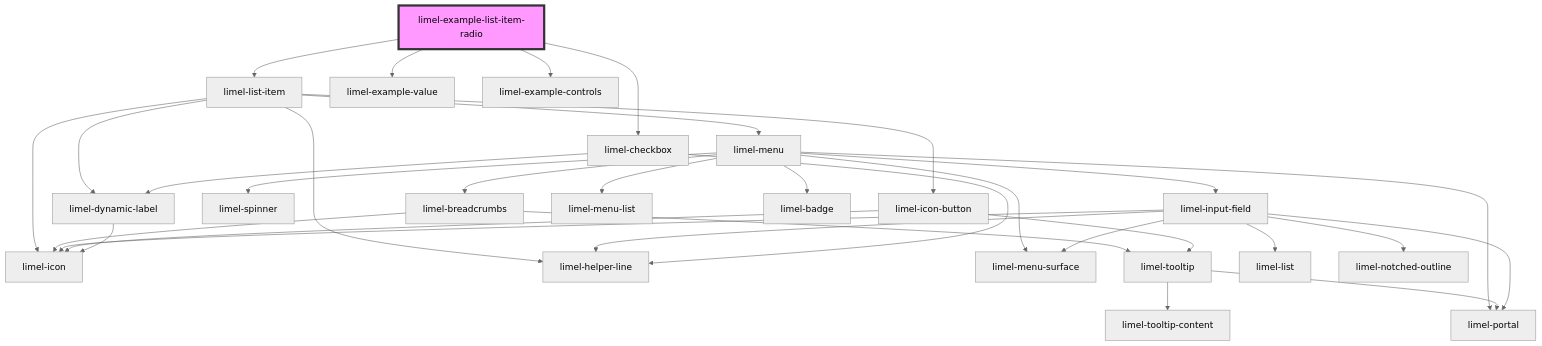
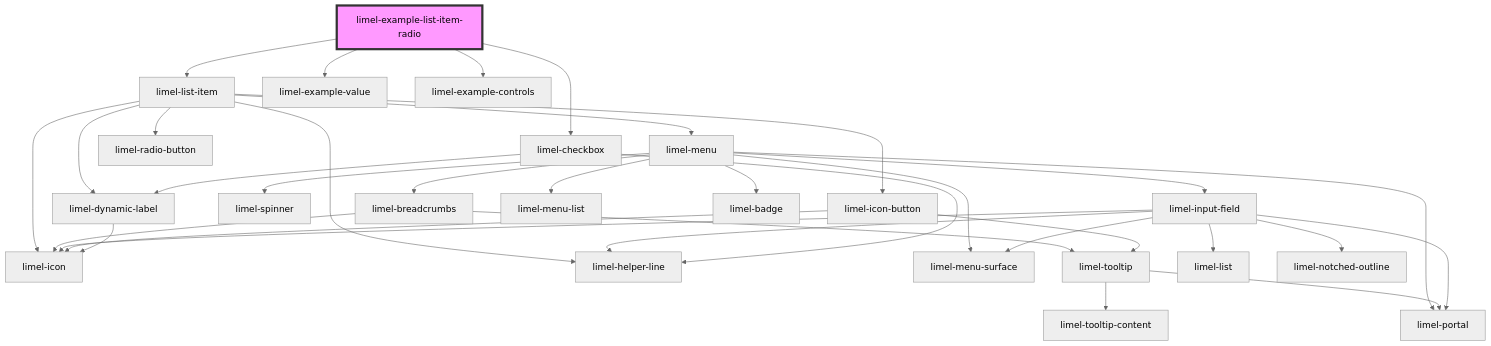
The diagram in versions/PR-3708/markdown-docs/components/list-item/examples/readme.md (Lundalogik/lime-elements), drawn with Mermaid (neutral theme) before and after one commit. The commit also changed 22 other files, not shown here.

````diff
--- a/versions/PR-3708/markdown-docs/components/list-item/examples/readme.md
+++ b/versions/PR-3708/markdown-docs/components/list-item/examples/readme.md
@@ -36,35 +36,36 @@
 ```mermaid
 graph TD;
   limel-example-list-item-radio --> limel-list-item
   limel-example-list-item-radio --> limel-example-value
   limel-example-list-item-radio --> limel-example-controls
   limel-example-list-item-radio --> limel-checkbox
   limel-list-item --> limel-icon
   limel-list-item --> limel-menu
   limel-list-item --> limel-icon-button
+  limel-list-item --> limel-radio-button
   limel-list-item --> limel-dynamic-label
   limel-list-item --> limel-helper-line
   limel-menu --> limel-spinner
   limel-menu --> limel-breadcrumbs
   limel-menu --> limel-input-field
   limel-menu --> limel-menu-list
   limel-menu --> limel-badge
   limel-menu --> limel-portal
   limel-menu --> limel-menu-surface
   limel-breadcrumbs --> limel-icon
   limel-breadcrumbs --> limel-tooltip
   limel-tooltip --> limel-portal
   limel-tooltip --> limel-tooltip-content
   limel-input-field --> limel-helper-line
   limel-input-field --> limel-icon
   limel-input-field --> limel-portal
   limel-input-field --> limel-menu-surface
   limel-input-field --> limel-list
   limel-input-field --> limel-notched-outline
   limel-icon-button --> limel-icon
   limel-icon-button --> limel-tooltip
   limel-dynamic-label --> limel-icon
   limel-checkbox --> limel-dynamic-label
   limel-checkbox --> limel-helper-line
   style limel-example-list-item-radio fill:#f9f,stroke:#333,stroke-width:4px
 ```
````
